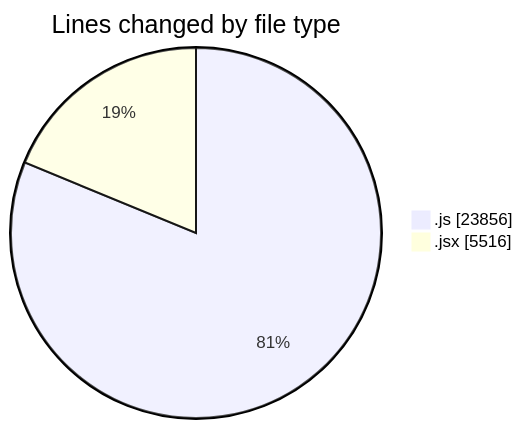
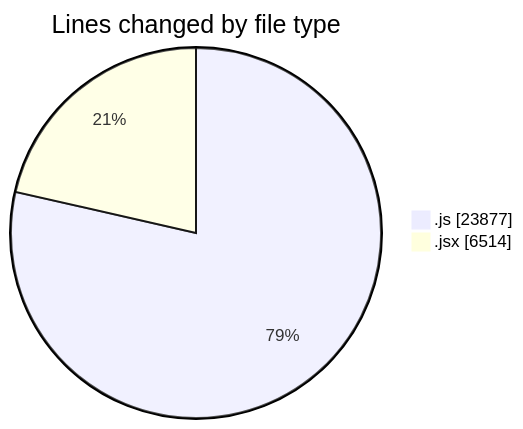
Before and after one commit to nxtqubesakshisongat/code-tracking: the first of 2 diagrams in 2025-10-01/nxtqube_webapp/README.md, drawn with Mermaid. The commit also changed other lines of this file and 1 other file, not shown here.

````diff
--- a/2025-10-01/nxtqube_webapp/README.md
+++ b/2025-10-01/nxtqube_webapp/README.md
@@ -25,6 +25,6 @@
 ```mermaid
 pie showData
 title Lines changed by file type
-".js" : 23856
-".jsx" : 5516
+".js" : 23877
+".jsx" : 6514
 ```
````
